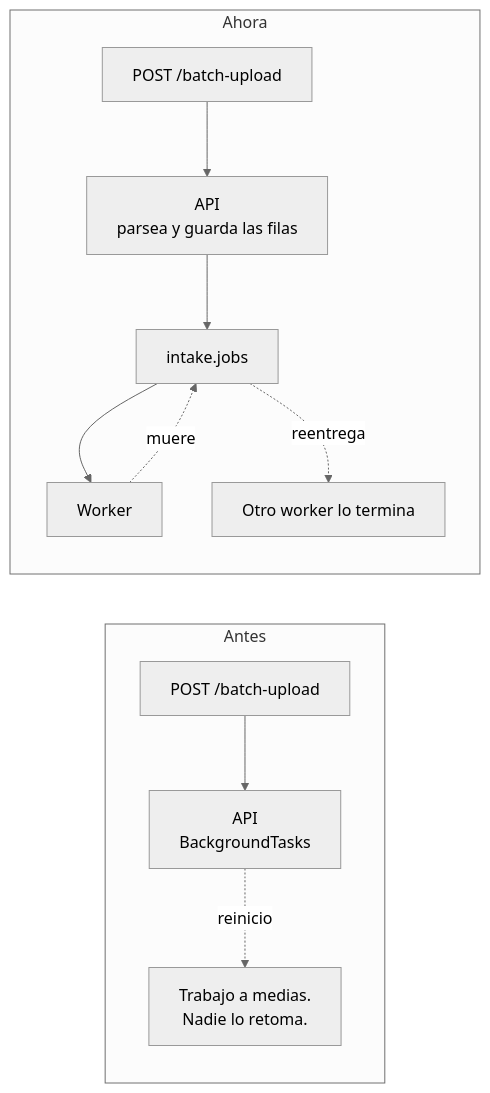
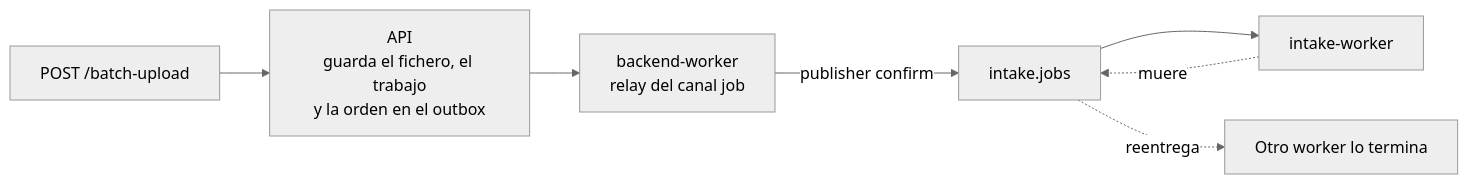
Before and after one commit to MDCIrony/leads-hexa: the first of 3 diagrams in docs/content/eventos/rabbitmq.md, drawn with Mermaid (neutral theme). The commit also changed other lines of this file and 18 other files, not shown here.

Commit message:
docs(events): document per-channel outbox, internal topics and backend-worker

````diff
--- a/docs/content/eventos/rabbitmq.md
+++ b/docs/content/eventos/rabbitmq.md
@@ -16,14 +15,9 @@
 ```mermaid
 flowchart LR
-    subgraph antes["Antes"]
-        A1["POST /batch-upload"] --> A2["API<br/>BackgroundTasks"]
-        A2 -.->|reinicio| A3["Trabajo a medias.<br/>Nadie lo retoma."]
-    end
-    subgraph ahora["Ahora"]
-        B1["POST /batch-upload"] --> B2["API<br/>parsea y guarda las filas"]
-        B2 --> B3["intake.jobs"]
-        B3 --> B4["Worker"]
-        B4 -.->|muere| B3
-        B3 -.->|reentrega| B5["Otro worker lo termina"]
-    end
+    B1["POST /batch-upload"] --> B2["API<br/>guarda el fichero, el trabajo<br/>y la orden en el outbox"]
+    B2 --> B6["backend-worker<br/>relay del canal job"]
+    B6 -->|"publisher confirm"| B3["intake.jobs"]
+    B3 --> B4["intake-worker"]
+    B4 -.->|muere| B3
+    B3 -.->|reentrega| B5["Otro worker lo termina"]
 ```
````
